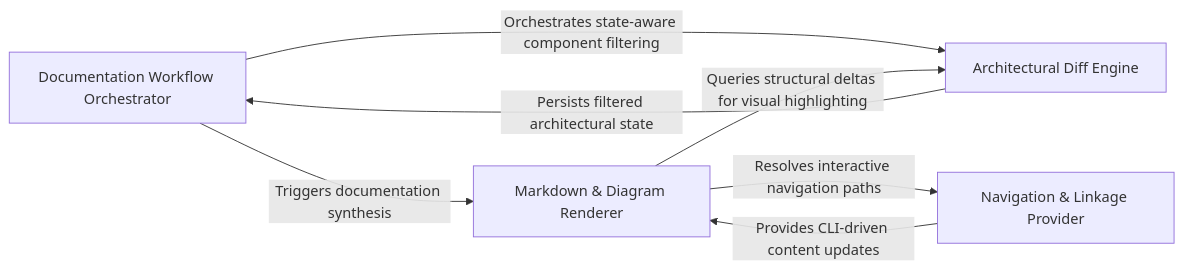
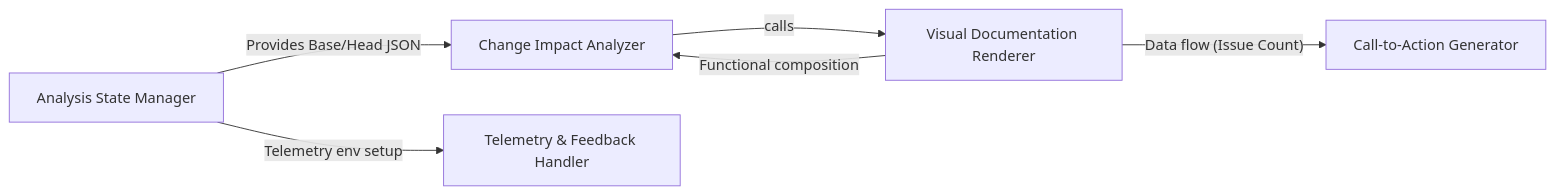
The diagram in docs/development/architecture.md (CodeBoarding/CodeBoarding-action), drawn with Mermaid before and after one commit. The commit also changed other lines of this file and 10 other files, not shown here.

Commit message:
chore(codeboarding): sync architecture baseline

````diff
--- a/docs/development/architecture.md
+++ b/docs/development/architecture.md
@@ -312,13 +1,13 @@
 ```mermaid
 graph LR
-    Documentation_Workflow_Orchestrator["Documentation Workflow Orchestrator"]
-    Architectural_Diff_Engine["Architectural Diff Engine"]
-    Markdown_Diagram_Renderer["Markdown & Diagram Renderer"]
-    Navigation_Linkage_Provider["Navigation & Linkage Provider"]
-    Documentation_Workflow_Orchestrator -- "Orchestrates state-aware component filtering" --> Architectural_Diff_Engine
-    Documentation_Workflow_Orchestrator -- "Triggers documentation synthesis" --> Markdown_Diagram_Renderer
-    Architectural_Diff_Engine -- "Persists filtered architectural state" --> Documentation_Workflow_Orchestrator
-    Markdown_Diagram_Renderer -- "Queries structural deltas for visual highlighting" --> Architectural_Diff_Engine
-    Markdown_Diagram_Renderer -- "Resolves interactive navigation paths" --> Navigation_Linkage_Provider
-    Navigation_Linkage_Provider -- "Provides CLI-driven content updates" --> Markdown_Diagram_Renderer
+    Analysis_State_Manager["Analysis State Manager"]
+    Visual_Documentation_Renderer["Visual Documentation Renderer"]
+    Change_Impact_Analyzer["Change Impact Analyzer"]
+    Telemetry_Feedback_Handler["Telemetry & Feedback Handler"]
+    Call_to_Action_Generator["Call-to-Action Generator"]
+    Analysis_State_Manager -- "Provides Base/Head JSON" --> Change_Impact_Analyzer
+    Analysis_State_Manager -- "Telemetry env setup" --> Telemetry_Feedback_Handler
+    Visual_Documentation_Renderer -- "Functional composition" --> Change_Impact_Analyzer
+    Visual_Documentation_Renderer -- "Data flow (Issue Count)" --> Call_to_Action_Generator
+    Change_Impact_Analyzer -- "calls" --> Visual_Documentation_Renderer
 ```
````
